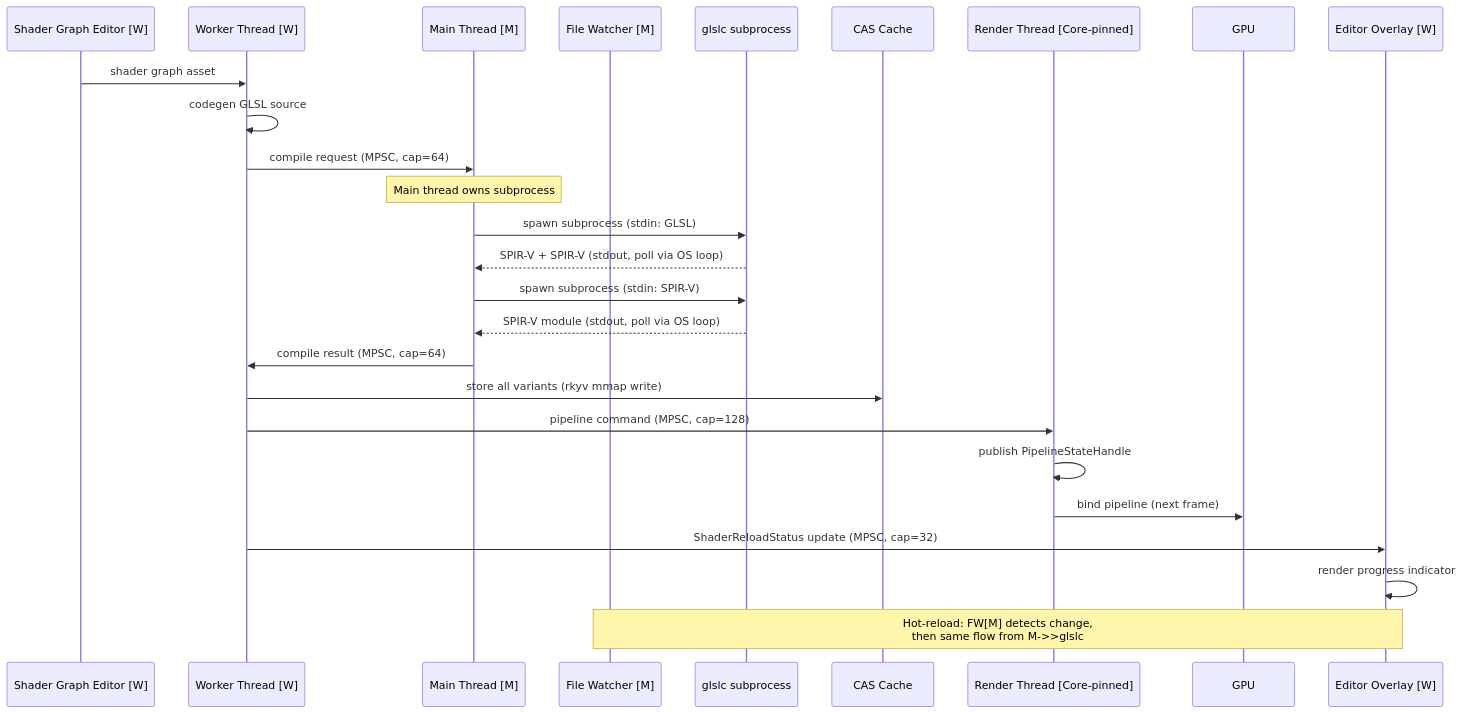
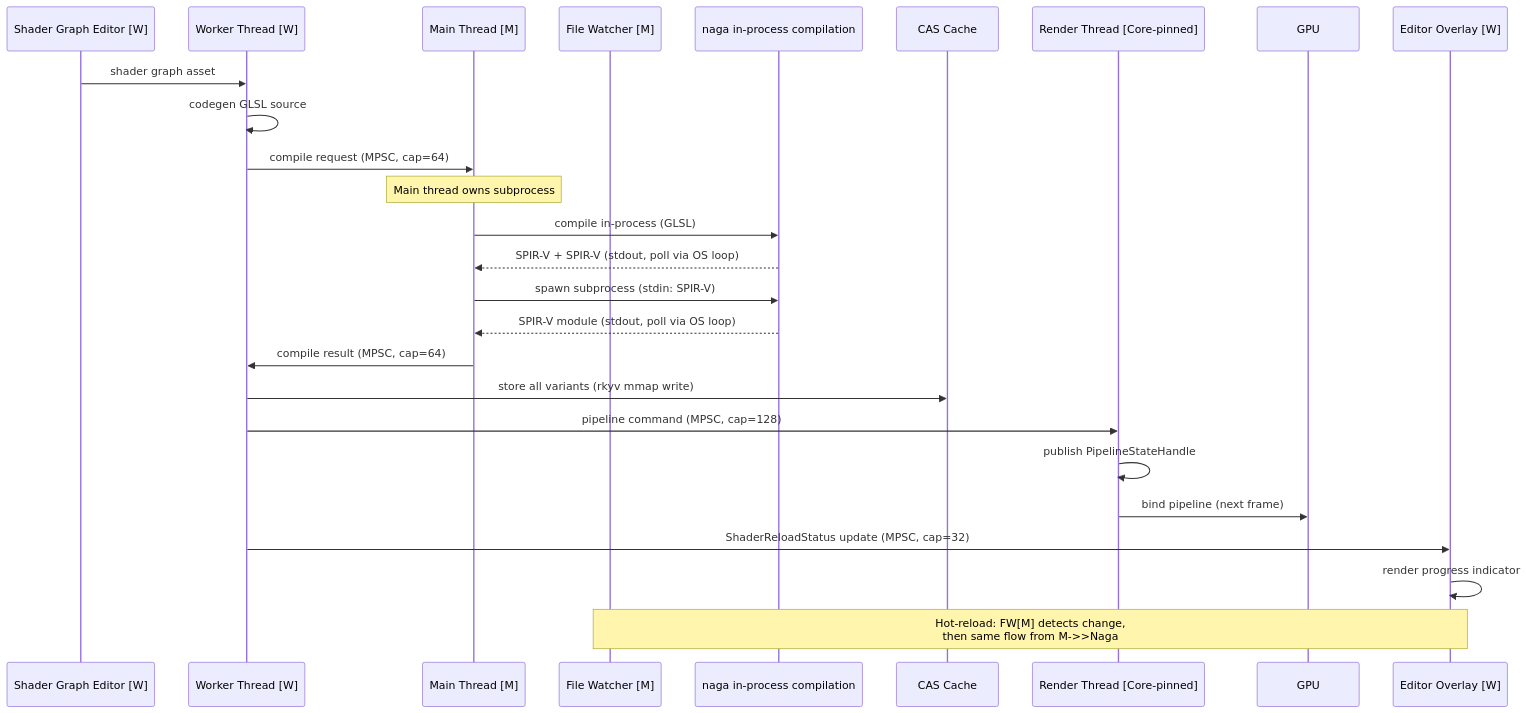
Before and after one commit to harmonius-dev/harmonius: the second of 4 diagrams in docs/design/integration/asset-pipeline-rendering.md, drawn with Mermaid. The commit also changed other lines of this file and 68 other files, not shown here.

First line of the commit message:
chore: update shader compilation process to use naga

````diff
--- a/docs/design/integration/asset-pipeline-rendering.md
+++ b/docs/design/integration/asset-pipeline-rendering.md
@@ -570,31 +570,31 @@
 ```mermaid
 sequenceDiagram
     participant SG as Shader Graph Editor [W]
     participant W as Worker Thread [W]
     participant M as Main Thread [M]
     participant FW as File Watcher [M]
-    participant glslc as glslc CLI subprocess
-    participant glslc as glslc subprocess
+    participant Naga as naga in-process compilation
+    participant Naga as naga in-process compilation
     participant CAS as CAS Cache
     participant R as Render Thread [Core-pinned]
     participant GPU as GPU
     participant UI as Editor Overlay [W]
 
     SG->>W: shader graph asset
     W->>W: codegen GLSL source
     W->>M: compile request (MPSC, cap=64)
     Note over M: Main thread owns subprocess
-    M->>glslc: spawn subprocess (stdin: GLSL)
-    glslc-->>M: SPIR-V + SPIR-V (stdout, poll via OS loop)
-    M->>glslc: spawn subprocess (stdin: SPIR-V)
-    glslc-->>M: SPIR-V module (stdout, poll via OS loop)
+    M->>Naga: compile in-process (GLSL)
+    Naga-->>M: SPIR-V + SPIR-V (stdout, poll via OS loop)
+    M->>Naga: spawn subprocess (stdin: SPIR-V)
+    Naga-->>M: SPIR-V module (stdout, poll via OS loop)
     M->>W: compile result (MPSC, cap=64)
     W->>CAS: store all variants (rkyv mmap write)
     W->>R: pipeline command (MPSC, cap=128)
     R->>R: publish PipelineStateHandle
     R->>GPU: bind pipeline (next frame)
     W->>UI: ShaderReloadStatus update (MPSC, cap=32)
     UI->>UI: render progress indicator
 
-    Note over FW,UI: Hot-reload: FW[M] detects change,<br/>then same flow from M->>glslc
+    Note over FW,UI: Hot-reload: FW[M] detects change,<br/>then same flow from M->>Naga
 ```
````
